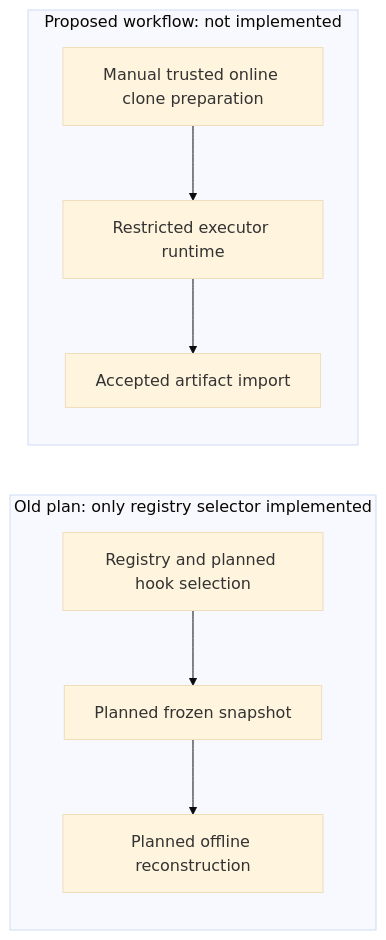
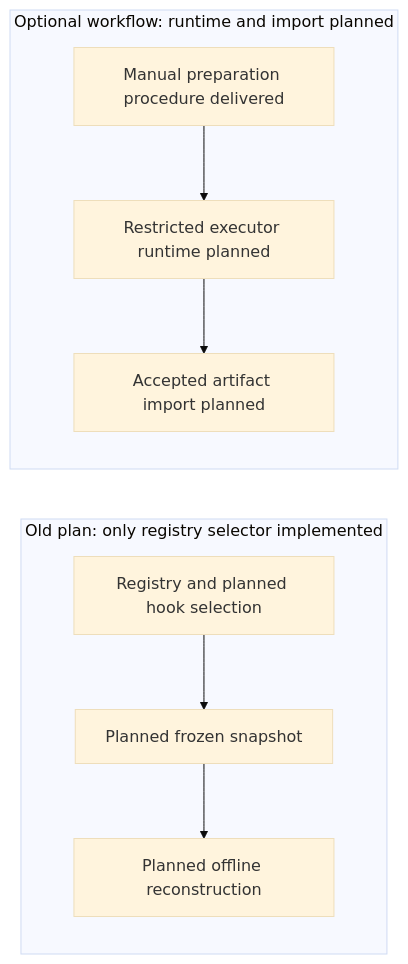
One commit to msitarz/ataraxia changed the diagram in doc/feat/reviewable-workflow-v2/trial-preparation/workflow-efficiency/shallow-executor-clones/implementation/README.md. Above: the diagram before and after it, drawn with Mermaid (base theme). The commit also changed other lines of this file and 3 other files, not shown here.

Commit message:
docs: close clone preparation work

````diff
--- a/doc/feat/reviewable-workflow-v2/trial-preparation/workflow-efficiency/shallow-executor-clones/implementation/README.md
+++ b/doc/feat/reviewable-workflow-v2/trial-preparation/workflow-efficiency/shallow-executor-clones/implementation/README.md
@@ -16,11 +16,11 @@
 ```mermaid
 flowchart LR
     subgraph Before[Old plan: only registry selector implemented]
         S[Registry and planned hook selection] --> F[Planned frozen snapshot]
         F --> O[Planned offline reconstruction]
     end
-    subgraph Proposed[Proposed workflow: not implemented]
-        P[Manual trusted online clone preparation] --> R[Restricted executor runtime]
-        R --> A[Accepted artifact import]
+    subgraph Proposed[Optional workflow: runtime and import planned]
+        P[Manual preparation procedure delivered] --> R[Restricted executor runtime planned]
+        R --> A[Accepted artifact import planned]
     end
 ```
````
